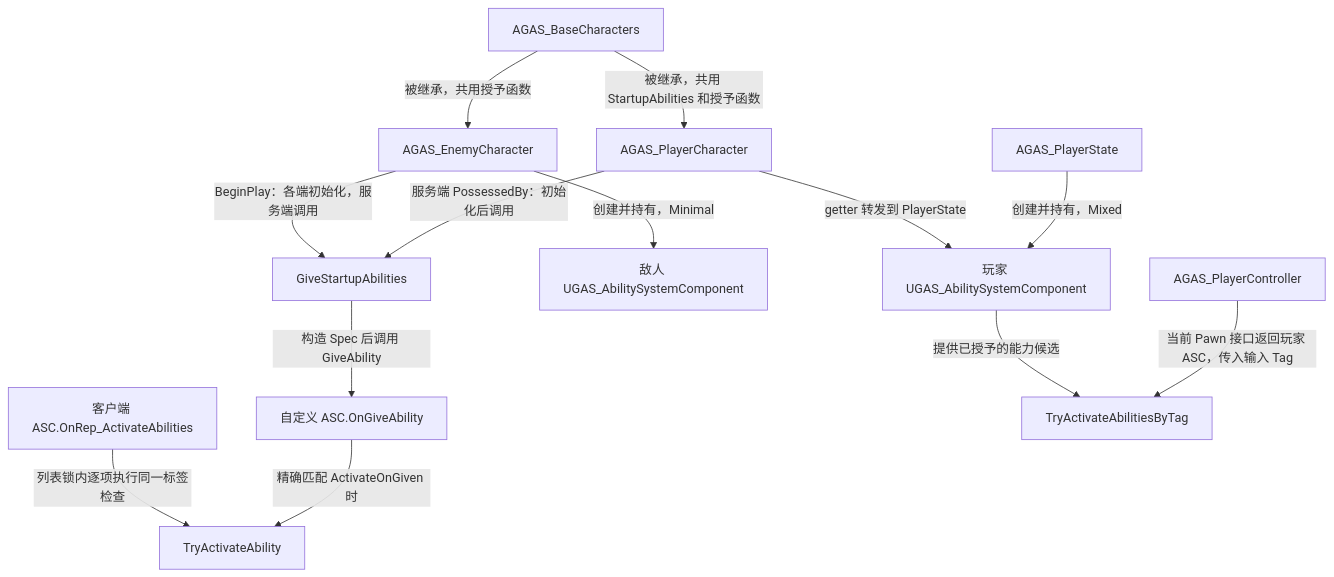
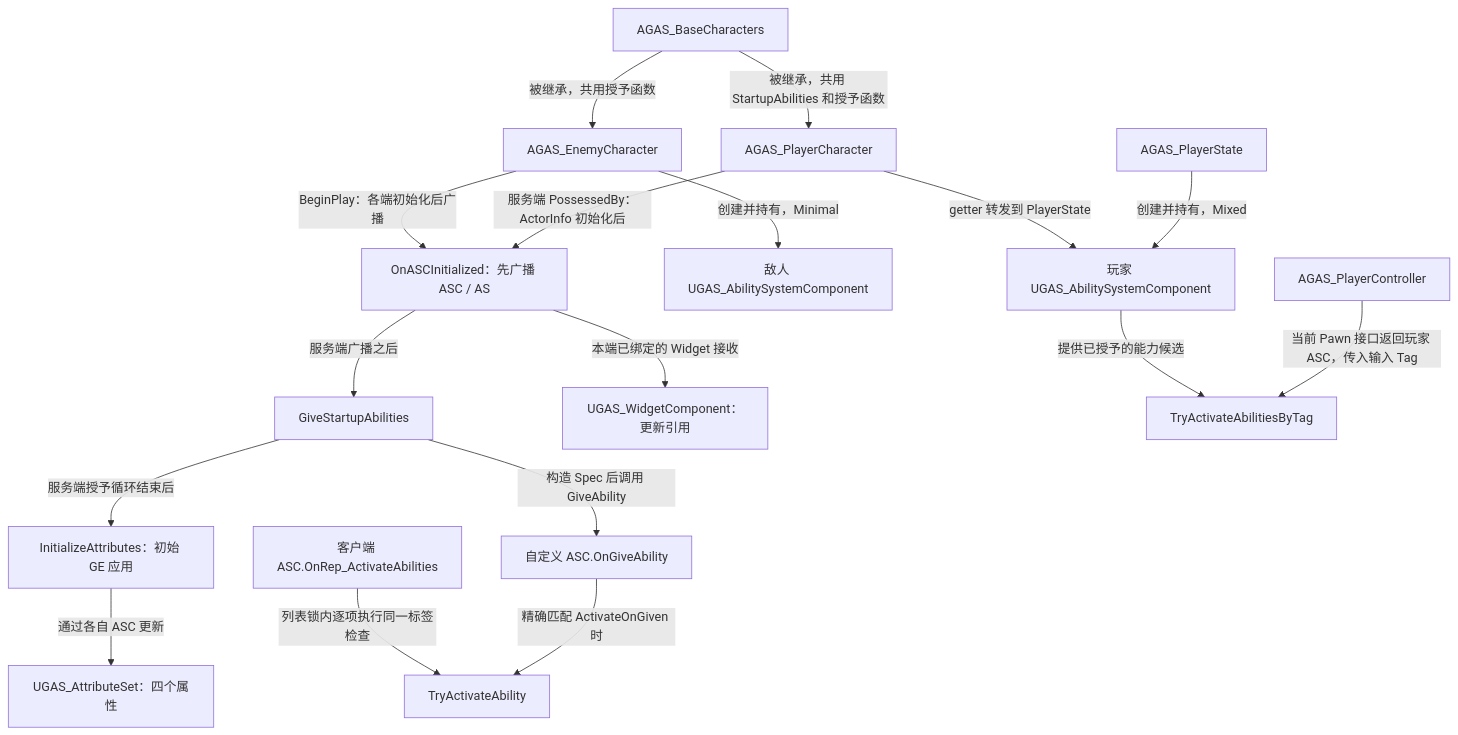
The diagram in README.md (xue1ong/GAS_StudyNotes), drawn with Mermaid before and after one commit. The commit also changed other lines of this file and 17 other files, not shown here.

First line of the commit message:
docs: expand attribute initialization and widget data caching notes

````diff
--- a/README.md
+++ b/README.md
@@ -34,15 +36,19 @@
 ```mermaid
 flowchart TD
     base["AGAS_BaseCharacters"] -->|"被继承，共用 StartupAbilities 和授予函数"| player["AGAS_PlayerCharacter"]
     base -->|"被继承，共用授予函数"| enemy["AGAS_EnemyCharacter"]
     state["AGAS_PlayerState"] -->|"创建并持有，Mixed"| playerAsc["玩家 UGAS_AbilitySystemComponent"]
     player -->|"getter 转发到 PlayerState"| playerAsc
     enemy -->|"创建并持有，Minimal"| enemyAsc["敌人 UGAS_AbilitySystemComponent"]
-    player -->|"服务端 PossessedBy：初始化后调用"| grant["GiveStartupAbilities"]
-    enemy -->|"BeginPlay：各端初始化，服务端调用"| grant
+    player -->|"服务端 PossessedBy：ActorInfo 初始化后"| notify["OnASCInitialized：先广播 ASC / AS"]
+    notify -->|"服务端广播之后"| grant["GiveStartupAbilities"]
+    enemy -->|"BeginPlay：各端初始化后广播"| notify
     grant -->|"构造 Spec 后调用 GiveAbility"| callback["自定义 ASC.OnGiveAbility"]
+    grant -->|"服务端授予循环结束后"| initial["InitializeAttributes：初始 GE 应用"]
+    notify -->|"本端已绑定的 Widget 接收"| widget["UGAS_WidgetComponent：更新引用"]
+    initial -->|"通过各自 ASC 更新"| attributes["UGAS_AttributeSet：四个属性"]
     callback -->|"精确匹配 ActivateOnGiven 时"| auto["TryActivateAbility"]
     replicated["客户端 ASC.OnRep_ActivateAbilities"] -->|"列表锁内逐项执行同一标签检查"| auto
     controller["AGAS_PlayerController"] -->|"当前 Pawn 接口返回玩家 ASC，传入输入 Tag"| byTag["TryActivateAbilitiesByTag"]
     playerAsc -->|"提供已授予的能力候选"| byTag
 ```
````
